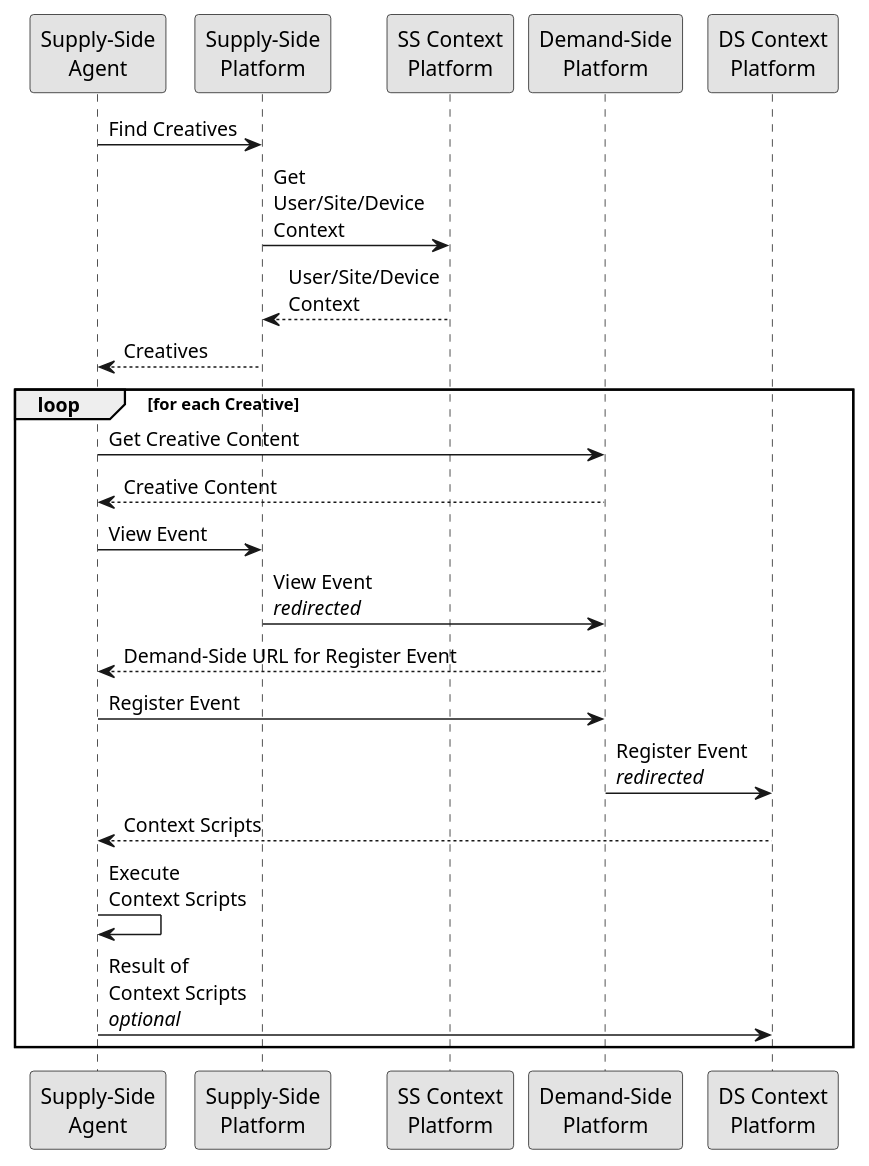
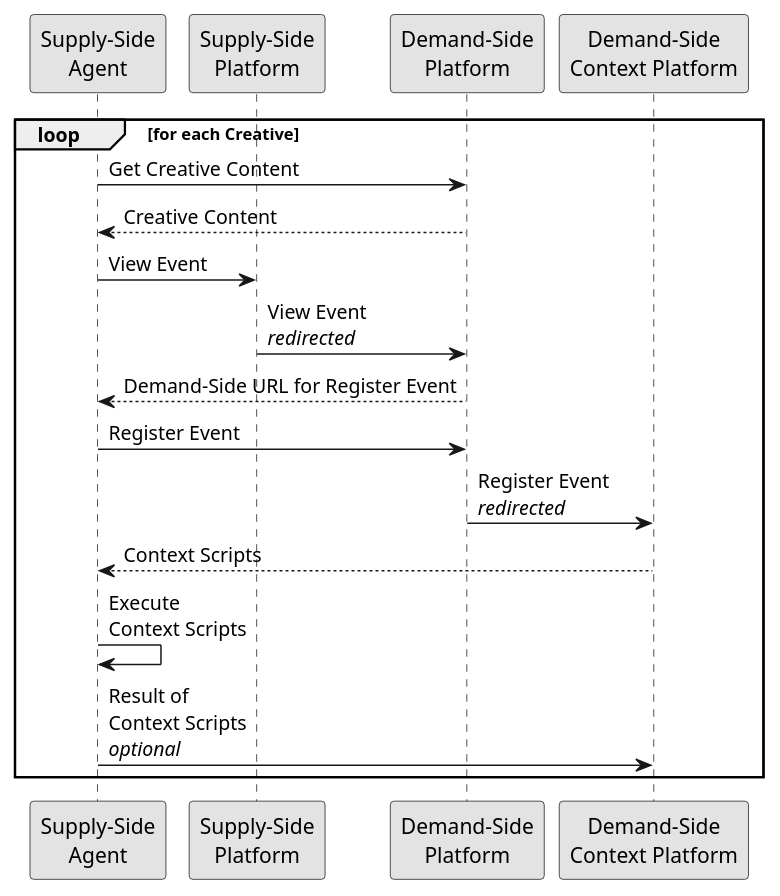
Before and after one commit to adshares/adshares-docs: the second of 2 diagrams in protocol/impressions/user_browses.rst, drawn with PlantUML. The commit also changed other lines of this file and 4 other files, not shown here.

```diff
--- a/protocol/impressions/user_browses.rst
+++ b/protocol/impressions/user_browses.rst
@@ -6,28 +60,22 @@
 .. uml::
     :align: center
 
     skinparam monochrome true
 
-    participant "Supply-Side\nAgent"       as SSA
-    participant "Supply-Side\nPlatform"    as SSP
-    participant "SS Context\nPlatform"     as SSCP
-    participant "Demand-Side\nPlatform"    as DSP
-    participant "DS Context\nPlatform"     as DSCP
-
-    SSA -> SSP : Find Creatives
-    SSP -> SSCP : Get\nUser/Site/Device\nContext
-    SSCP --> SSP : User/Site/Device\nContext
-    SSP --> SSA : Creatives
+    participant "Supply-Side\nAgent"                as SSA
+    participant "Supply-Side\nPlatform"             as SSP
+    participant "Demand-Side\nPlatform"             as DSP
+    participant "Demand-Side\nContext Platform"     as DSCP
 
     loop for each Creative
         SSA -> DSP : Get Creative Content
         DSP --> SSA : Creative Content
         SSA -> SSP : View Event
         SSP -> DSP: View Event\n//redirected//
         DSP --> SSA: Demand-Side URL for Register Event
         SSA -> DSP : Register Event
         DSP -> DSCP: Register Event\n//redirected//
         DSCP --> SSA: Context Scripts
         SSA -> SSA: Execute\nContext Scripts
         SSA -> DSCP: Result of\nContext Scripts\n//optional//
     end
```
